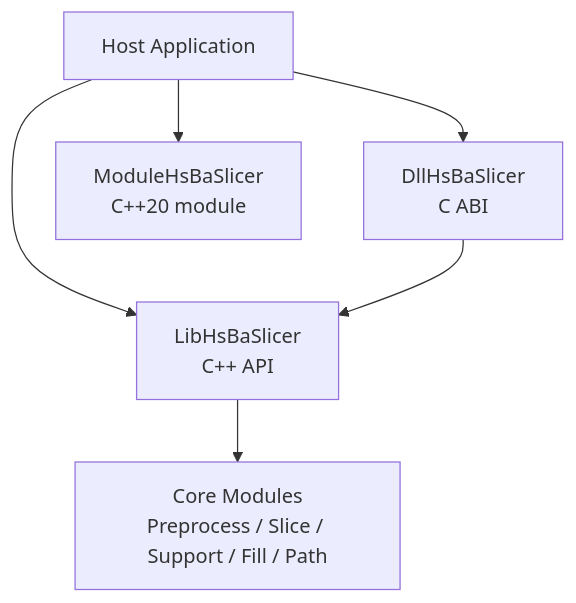
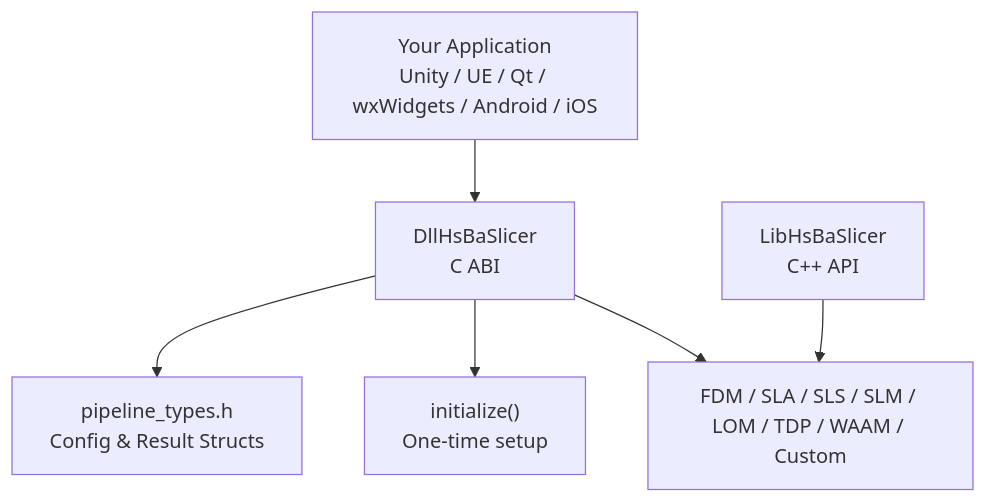
One commit to hsmbanlance/HsBaSlicer changed the first of 9 diagrams in .qoder/repowiki/en/content/Integration Guide/Integration Guide.md. Above: the diagram before and after it, drawn with Mermaid. The commit also changed other lines of this file and 1095 other files, not shown here.

````diff
--- a/.qoder/repowiki/en/content/Integration Guide/Integration Guide.md
+++ b/.qoder/repowiki/en/content/Integration Guide/Integration Guide.md
@@ -62,8 +54,8 @@
 ```mermaid
 graph TB
-App["Host Application"] --> Dll["DllHsBaSlicer<br/>C ABI"]
-App --> Lib["LibHsBaSlicer<br/>C++ API"]
-App --> Module["ModuleHsBaSlicer<br/>C++20 module"]
-Dll --> Lib
-Lib --> Core["Core Modules<br/>Preprocess / Slice / Support / Fill / Path"]
+App["Your Application<br/>Unity / UE / Qt / wxWidgets / Android / iOS"] --> Dll["DllHsBaSlicer<br/>C ABI"]
+Dll --> Types["pipeline_types.h<br/>Config & Result Structs"]
+Dll --> Init["initialize()<br/>One-time setup"]
+Dll --> Pipelines["FDM / SLA / SLS / SLM / LOM / TDP / WAAM / Custom"]
+Lib["LibHsBaSlicer<br/>C++ API"] --> Pipelines
 ```
````
